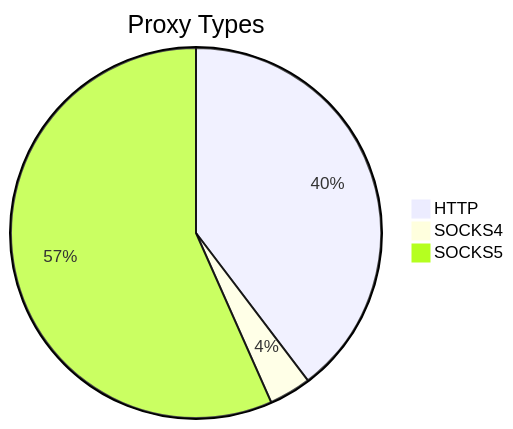
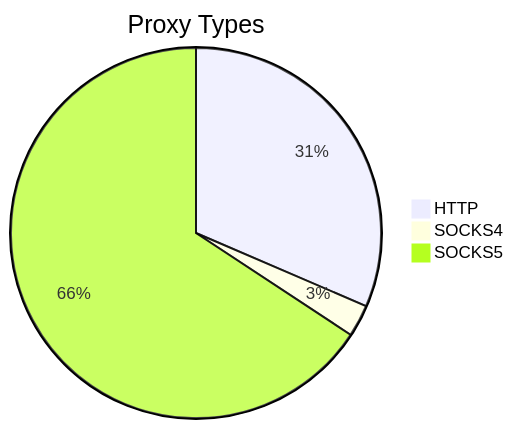
The first of 2 diagrams in README.md (stormsia/proxy-list), drawn with Mermaid before and after one commit. The commit also changed other lines of this file, not shown here.

````diff
--- a/README.md
+++ b/README.md
@@ -21,6 +21,6 @@
 ```mermaid
 pie title Proxy Types
-    "HTTP" : 313
-    "SOCKS4" : 29
-    "SOCKS5" : 447
+    "HTTP" : 381
+    "SOCKS4" : 34
+    "SOCKS5" : 796
 ```
````
